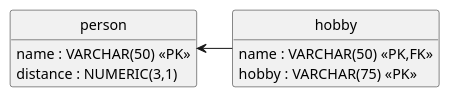
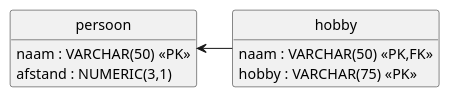
Before and after one commit to bartvanderwal/P1-Eindapplicatie: the diagram in documentatie/SDD/PDM.puml, drawn with PlantUML. The commit also changed 1 other file, not shown here.

```diff
--- a/documentatie/SDD/PDM.puml
+++ b/documentatie/SDD/PDM.puml
@@ -1,18 +1,18 @@
 @startuml KlasKompas_PDM
 'configuration
 hide circle
 hide attributes
 
-entity person {
-    name : VARCHAR(50) <<PK>>
-    distance : NUMERIC(3,1)
+entity persoon {
+    naam : VARCHAR(50) <<PK>>
+    afstand : NUMERIC(3,1)
 }
 
 entity hobby {
-    name : VARCHAR(50) <<PK,FK>>
+    naam : VARCHAR(50) <<PK,FK>>
     hobby : VARCHAR(75) <<PK>>
 }
 
-person <- hobby
+persoon <- hobby
 
 @enduml
```
